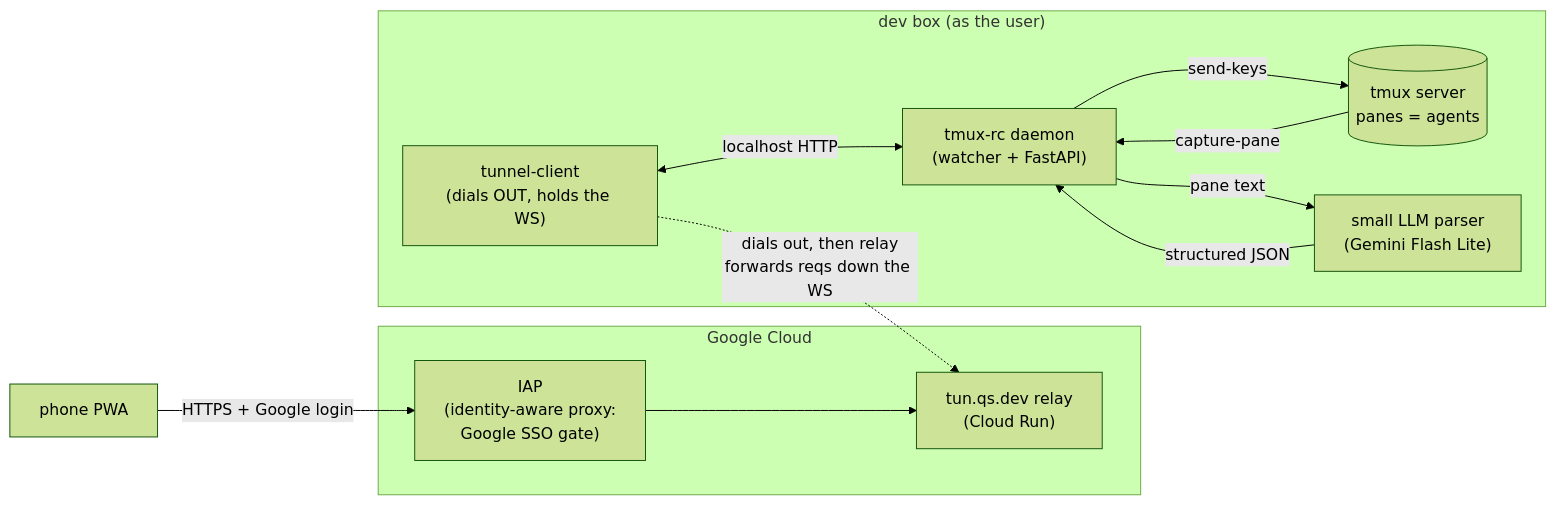
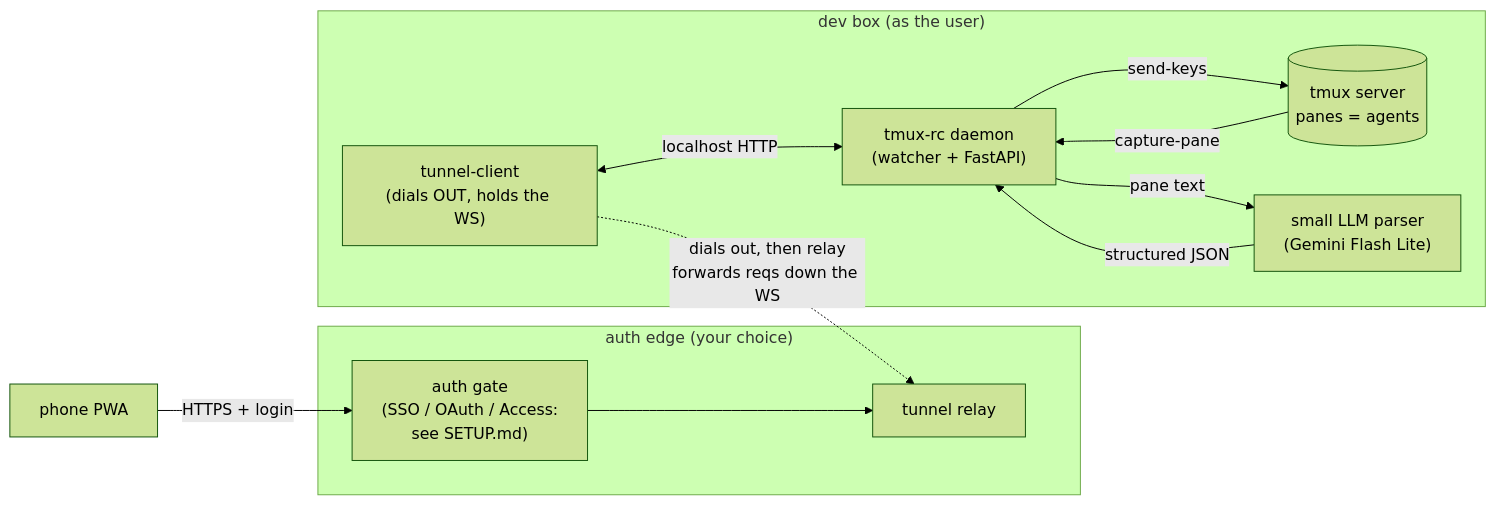
Before and after one commit to querystory/tmux-rc: the first of 6 diagrams in docs/design/architecture.md, drawn with Mermaid (forest theme). The commit also changed other lines of this file and 23 other files, not shown here.

````diff
--- a/docs/design/architecture.md
+++ b/docs/design/architecture.md
@@ -15,22 +15,22 @@
 ```mermaid
 flowchart LR
   phone["phone PWA"]
-  subgraph gcp["Google Cloud"]
-    iap["IAP<br/>(identity-aware proxy:<br/>Google SSO gate)"]
-    relay["tun.qs.dev relay<br/>(Cloud Run)"]
-    iap --> relay
+  subgraph edge["auth edge (your choice)"]
+    auth["auth gate<br/>(SSO / OAuth / Access:<br/>see SETUP.md)"]
+    relay["tunnel relay"]
+    auth --> relay
   end
   subgraph host["dev box (as the user)"]
     tc["tunnel-client<br/>(dials OUT, holds the WS)"]
     daemon["tmux-rc daemon<br/>(watcher + FastAPI)"]
     tmux[("tmux server<br/>panes = agents")]
     llm["small LLM parser<br/>(Gemini Flash Lite)"]
     tc <-->|"localhost HTTP"| daemon
     tmux -->|capture-pane| daemon
     daemon -->|send-keys| tmux
     daemon -->|pane text| llm
     llm -->|structured JSON| daemon
   end
-  phone -->|"HTTPS + Google login"| iap
+  phone -->|"HTTPS + login"| auth
   tc -.->|"dials out, then relay<br/>forwards reqs down the WS"| relay
 ```
````
